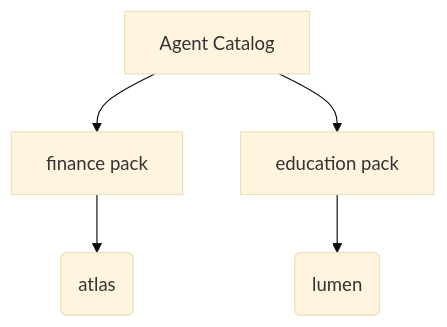
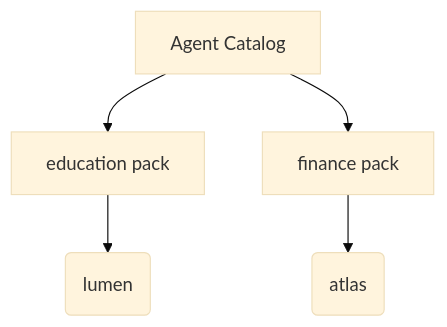
Before and after one commit to BlackRoad-OS/blackroad-os-docs: the diagram in docs/org-chart.mmd, drawn with Mermaid (base theme). The commit also changed other lines of this file and 5 other files, not shown here.

```diff
--- a/docs/org-chart.mmd
+++ b/docs/org-chart.mmd
@@ -1,6 +1,6 @@
 graph TD
   root[Agent Catalog]
+  root --> pack_education[education pack]
+  pack_education --> lumen(lumen)
   root --> pack_finance[finance pack]
   pack_finance --> atlas(atlas)
-  root --> pack_education[education pack]
-  pack_education --> lumen(lumen)
```
